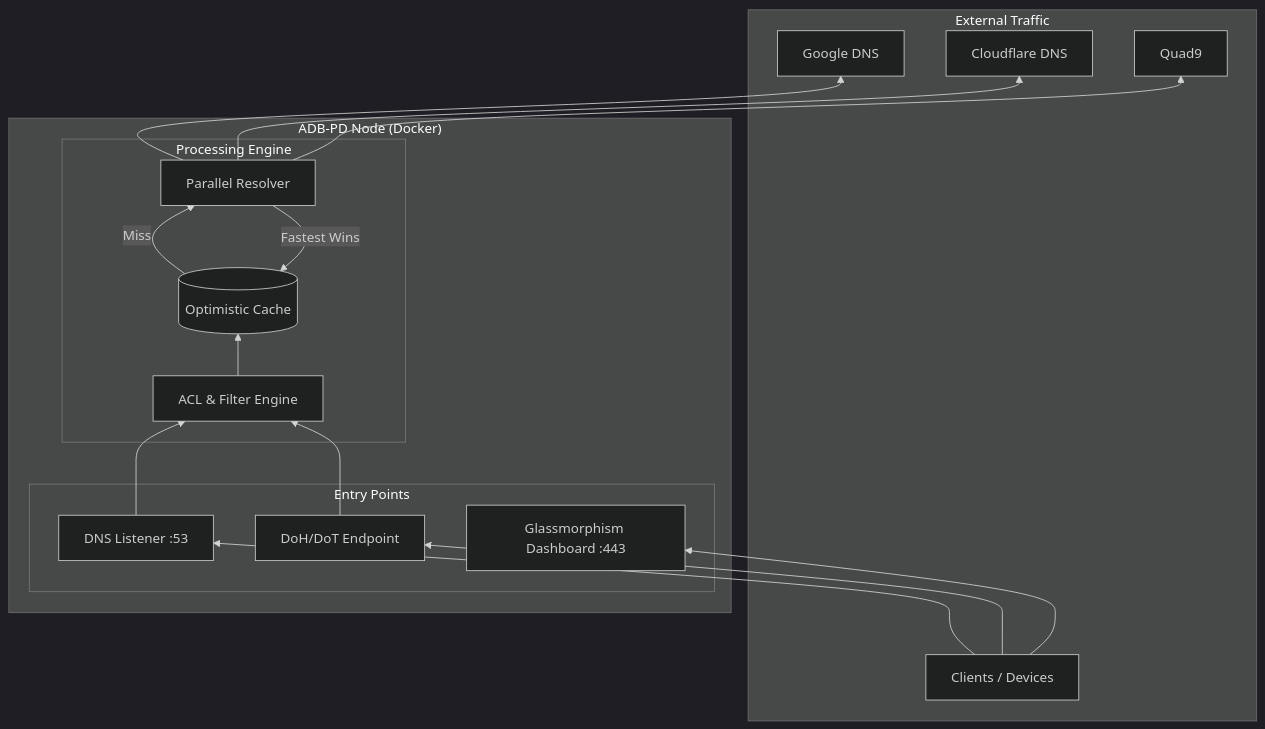
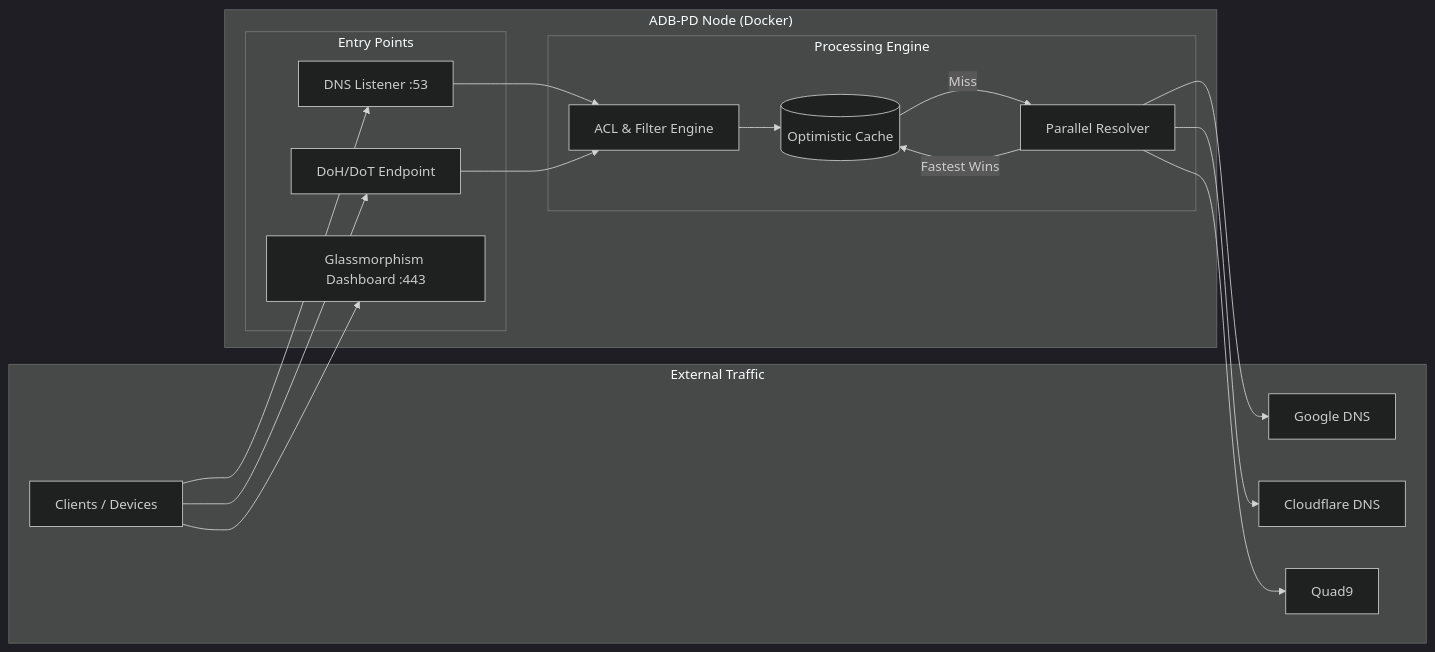
One commit to weby-homelab/adb-pd changed the diagram in README.md. Above: the diagram before and after it, drawn with Mermaid (dark theme).

````diff
--- a/README.md
+++ b/README.md
@@ -20,36 +20,36 @@
 ```mermaid
-graph BT
+graph LR
     subgraph "External Traffic"
         C[Clients / Devices]
         U1[Google DNS]
         U2[Cloudflare DNS]
         U3[Quad9]
     end
 
     subgraph "ADB-PD Node (Docker)"
         subgraph "Entry Points"
             L53[DNS Listener :53]
             DoH[DoH/DoT Endpoint]
             UI[Glassmorphism Dashboard :443]
         end
 
         subgraph "Processing Engine"
             ACL[ACL & Filter Engine]
             Cache[(Optimistic Cache)]
             PR[Parallel Resolver]
         end
     end
 
     C --> L53
     C --> DoH
     C --> UI
 
     L53 --> ACL
     DoH --> ACL
     ACL --> Cache
     Cache -->|Miss| PR
     PR --> U1
     PR --> U2
     PR --> U3
     PR -->|Fastest Wins| Cache
 ```
````
